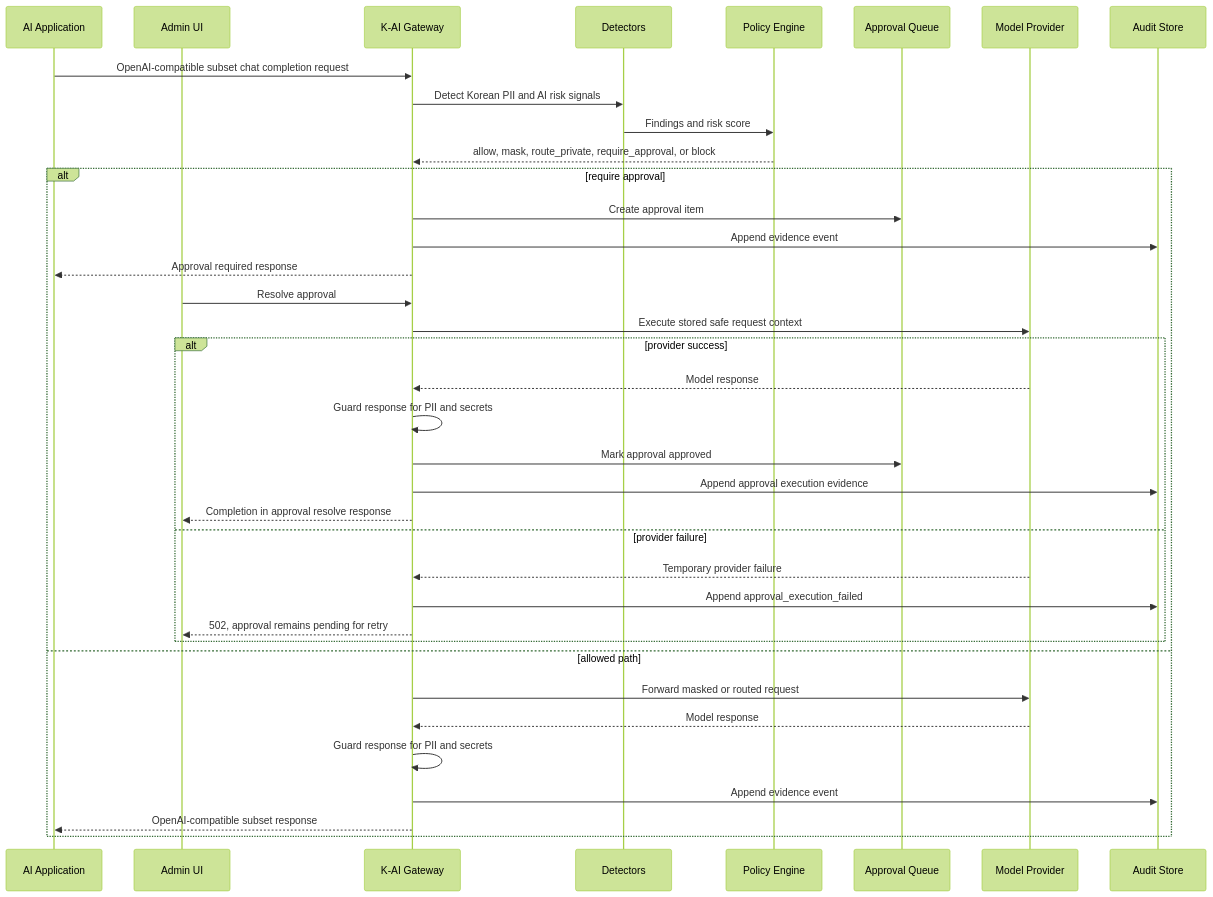
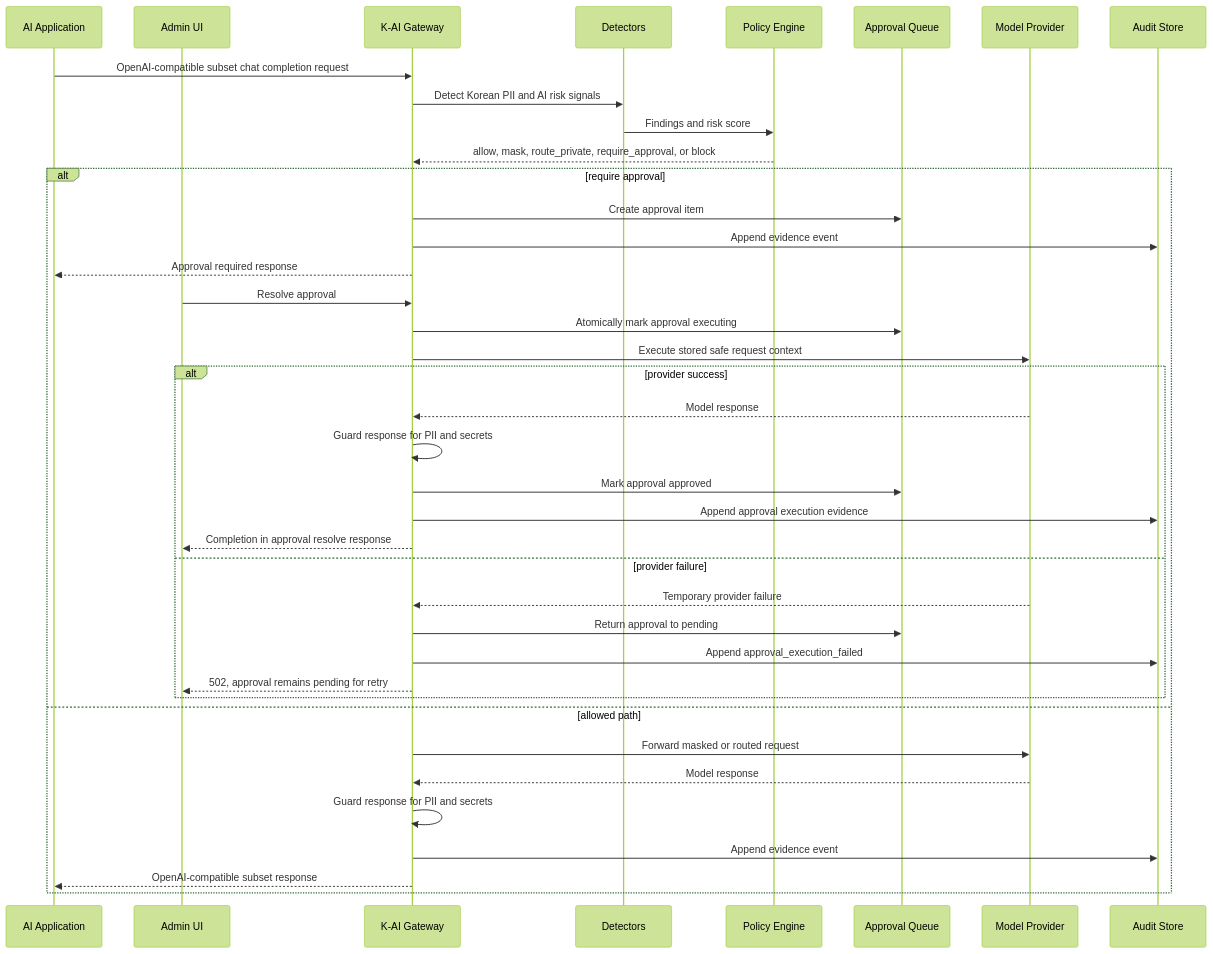
Before and after one commit to sinmb79/k-ai-security-gateway: the second of 2 diagrams in README.md, drawn with Mermaid (forest theme). The commit also changed other lines of this file and 13 other files, not shown here.

````diff
--- a/README.md
+++ b/README.md
@@ -71,40 +71,42 @@
 ```mermaid
 sequenceDiagram
     participant App as AI Application
     participant Admin as Admin UI
     participant GW as K-AI Gateway
     participant D as Detectors
     participant P as Policy Engine
     participant Q as Approval Queue
     participant M as Model Provider
     participant A as Audit Store
 
     App->>GW: OpenAI-compatible subset chat completion request
     GW->>D: Detect Korean PII and AI risk signals
     D->>P: Findings and risk score
     P-->>GW: allow, mask, route_private, require_approval, or block
     alt require approval
         GW->>Q: Create approval item
         GW->>A: Append evidence event
         GW-->>App: Approval required response
         Admin->>GW: Resolve approval
+        GW->>Q: Atomically mark approval executing
         GW->>M: Execute stored safe request context
         alt provider success
             M-->>GW: Model response
             GW->>GW: Guard response for PII and secrets
             GW->>Q: Mark approval approved
             GW->>A: Append approval execution evidence
             GW-->>Admin: Completion in approval resolve response
         else provider failure
             M-->>GW: Temporary provider failure
+            GW->>Q: Return approval to pending
             GW->>A: Append approval_execution_failed
             GW-->>Admin: 502, approval remains pending for retry
         end
     else allowed path
         GW->>M: Forward masked or routed request
         M-->>GW: Model response
         GW->>GW: Guard response for PII and secrets
         GW->>A: Append evidence event
         GW-->>App: OpenAI-compatible subset response
     end
 ```
````
